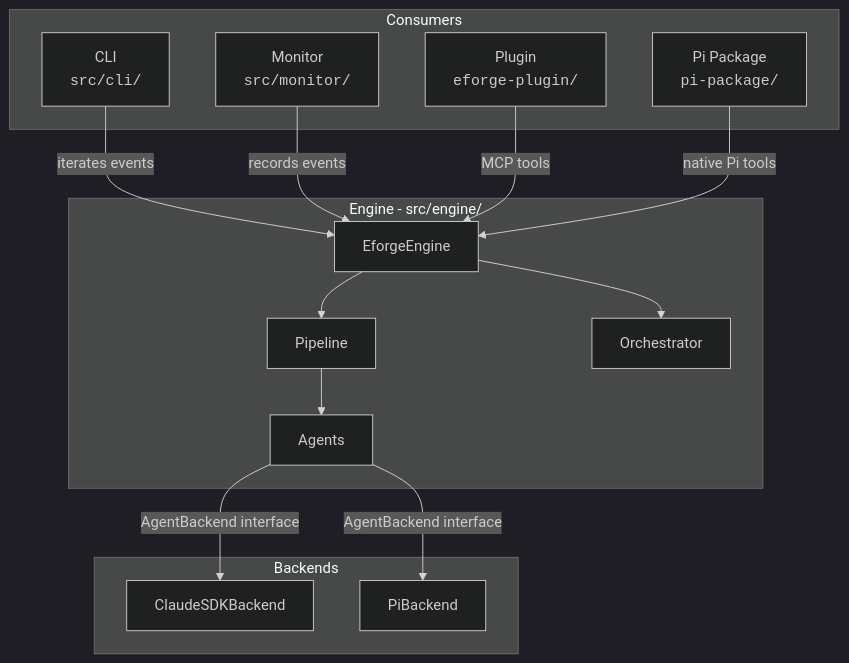
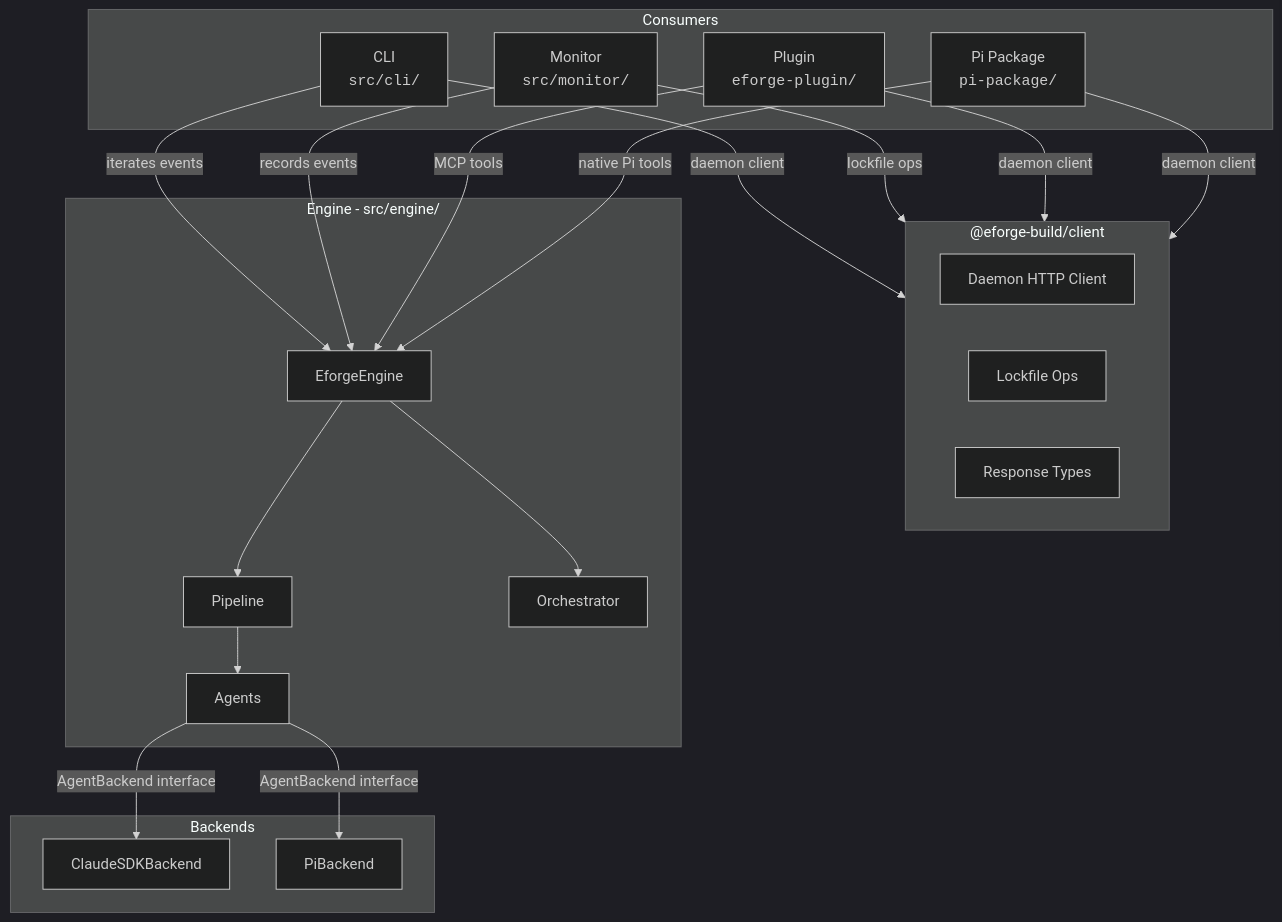
Before and after one commit to eforge-run/eforge: the first of 3 diagrams in docs/architecture.md, drawn with Mermaid (dark theme). The commit also changed other lines of this file and 4 other files, not shown here.

````diff
--- a/docs/architecture.md
+++ b/docs/architecture.md
@@ -7,31 +7,41 @@
 ```mermaid
 graph TD
     subgraph Consumers
         CLI["CLI<br/><code>src/cli/</code>"]
         Monitor["Monitor<br/><code>src/monitor/</code>"]
         Plugin["Plugin<br/><code>eforge-plugin/</code>"]
         PiPkg["Pi Package<br/><code>pi-package/</code>"]
+    end
+
+    subgraph Client ["@eforge-build/client"]
+        DaemonClient["Daemon HTTP Client"]
+        LockfileOps["Lockfile Ops"]
+        ResponseTypes["Response Types"]
     end
 
     subgraph Engine ["Engine - src/engine/"]
         EforgeEngine["EforgeEngine"]
         Pipeline["Pipeline"]
         Orchestrator["Orchestrator"]
         Agents["Agents"]
     end
 
     subgraph Backends
         Claude["ClaudeSDKBackend"]
         Pi["PiBackend"]
     end
 
+    CLI -->|"daemon client"| Client
+    Monitor -->|"lockfile ops"| Client
+    Plugin -->|"daemon client"| Client
+    PiPkg -->|"daemon client"| Client
     CLI -->|"iterates events"| EforgeEngine
     Monitor -->|"records events"| EforgeEngine
     Plugin -->|"MCP tools"| EforgeEngine
     PiPkg -->|"native Pi tools"| EforgeEngine
     EforgeEngine --> Pipeline
     EforgeEngine --> Orchestrator
     Pipeline --> Agents
     Agents -->|"AgentBackend interface"| Claude
     Agents -->|"AgentBackend interface"| Pi
 ```
````
